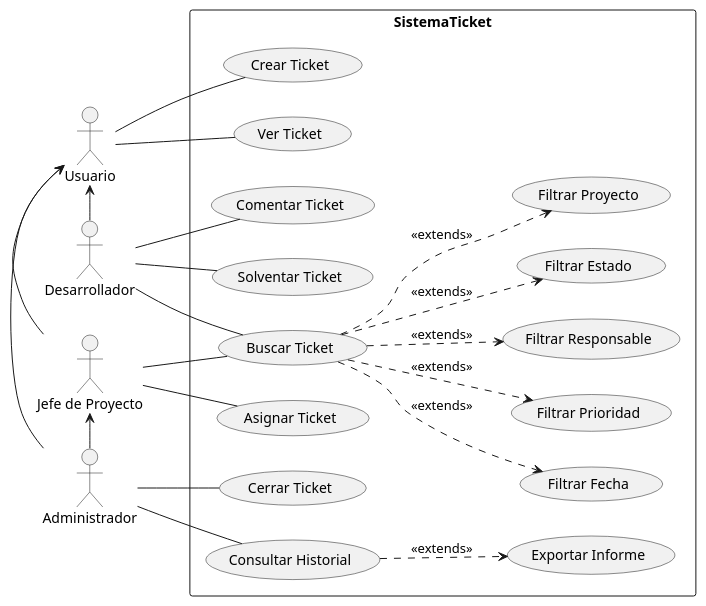
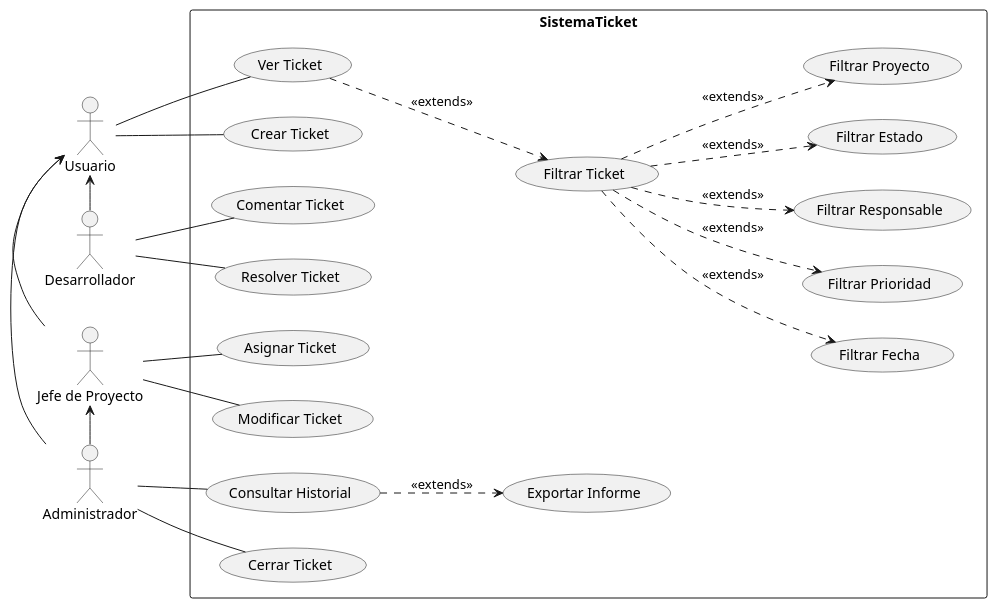
Before and after one commit to mmasias/23-24-IdSw1-SDR: the diagram in modelosUML/CasosDeUsos/CDU SistemaTicket.puml, drawn with PlantUML. The commit also changed 3 other files, not shown here.

```diff
--- a/modelosUML/CasosDeUsos/CDU SistemaTicket.puml
+++ b/modelosUML/CasosDeUsos/CDU SistemaTicket.puml
@@ -1,32 +1,32 @@
 @startuml
 
 left to right direction
 
 actor "Jefe de Proyecto" as JefeProyecto
 actor Administrador as Admin
 actor Usuario as Usuario
 actor Desarrollador as Dev
 
 rectangle SistemaTicket{
     Dev -l-> Usuario
-    Dev -- (Buscar Ticket)
     Dev -- (Comentar Ticket)
-    Dev -- (Solventar Ticket)
+    Dev -- (Resolver Ticket)
     Usuario -l- (Crear Ticket)
     Usuario -- (Ver Ticket)
     JefeProyecto -l-> Usuario
     JefeProyecto -- (Asignar Ticket)
-    JefeProyecto -- (Buscar Ticket)
-    (Buscar Ticket) ..> (Filtrar Fecha) :<<extends>>
-    (Buscar Ticket) ..> (Filtrar Prioridad) : <<extends>>
-    (Buscar Ticket) ..>  (Filtrar Responsable) : <<extends>>
-    (Buscar Ticket) ..> (Filtrar Estado) : <<extends>>
-    (Buscar Ticket) ..>  (Filtrar Proyecto) : <<extends>>
+    JefeProyecto -- (Modificar Ticket)
+    (Ver Ticket) ..> (Filtrar Ticket) :<<extends>>
+    (Filtrar Ticket) ..> (Filtrar Fecha) :<<extends>>
+    (Filtrar Ticket) ..> (Filtrar Prioridad) : <<extends>>
+    (Filtrar Ticket) ..>  (Filtrar Responsable) : <<extends>>
+    (Filtrar Ticket) ..> (Filtrar Estado) : <<extends>>
+    (Filtrar Ticket) ..>  (Filtrar Proyecto) : <<extends>>
     Admin -l-> Usuario
     Admin -l-> JefeProyecto
     Admin -- (Consultar Historial)
     (Consultar Historial) ..> (Exportar Informe) : <<extends>>
     Admin -- (Cerrar Ticket)
 }
 
 @enduml
```
